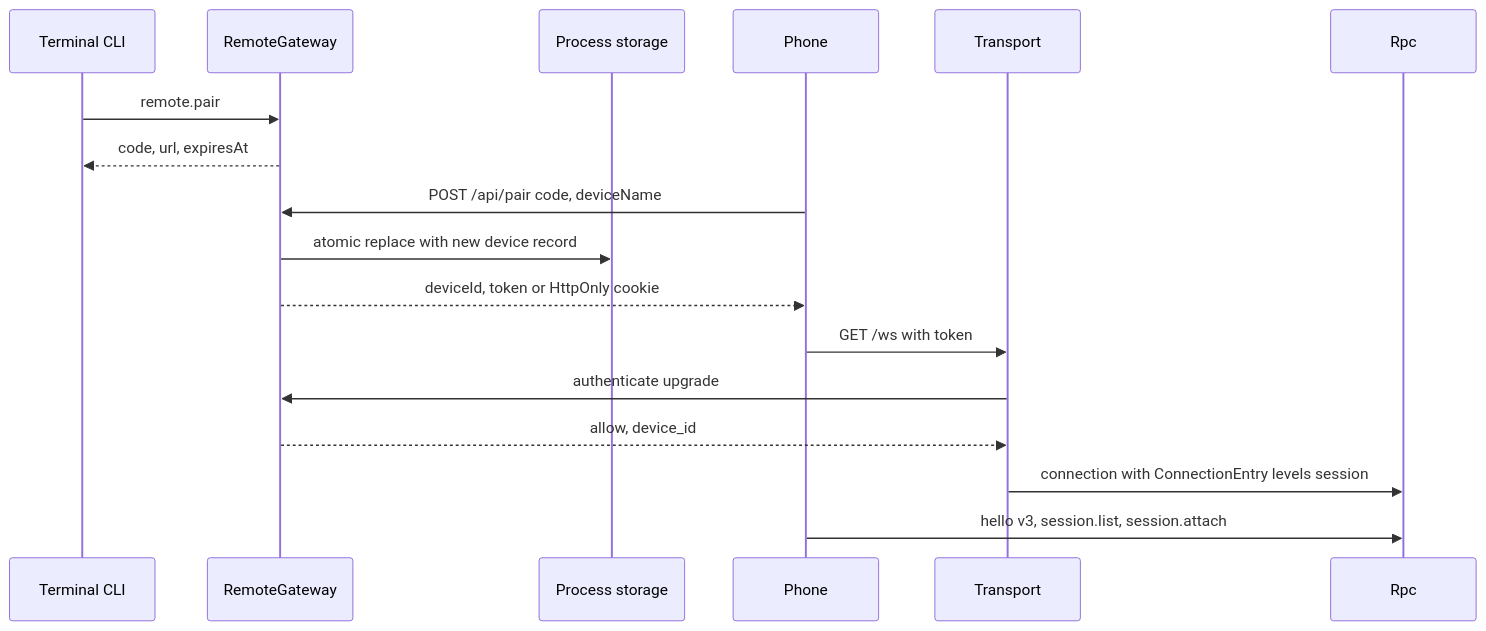
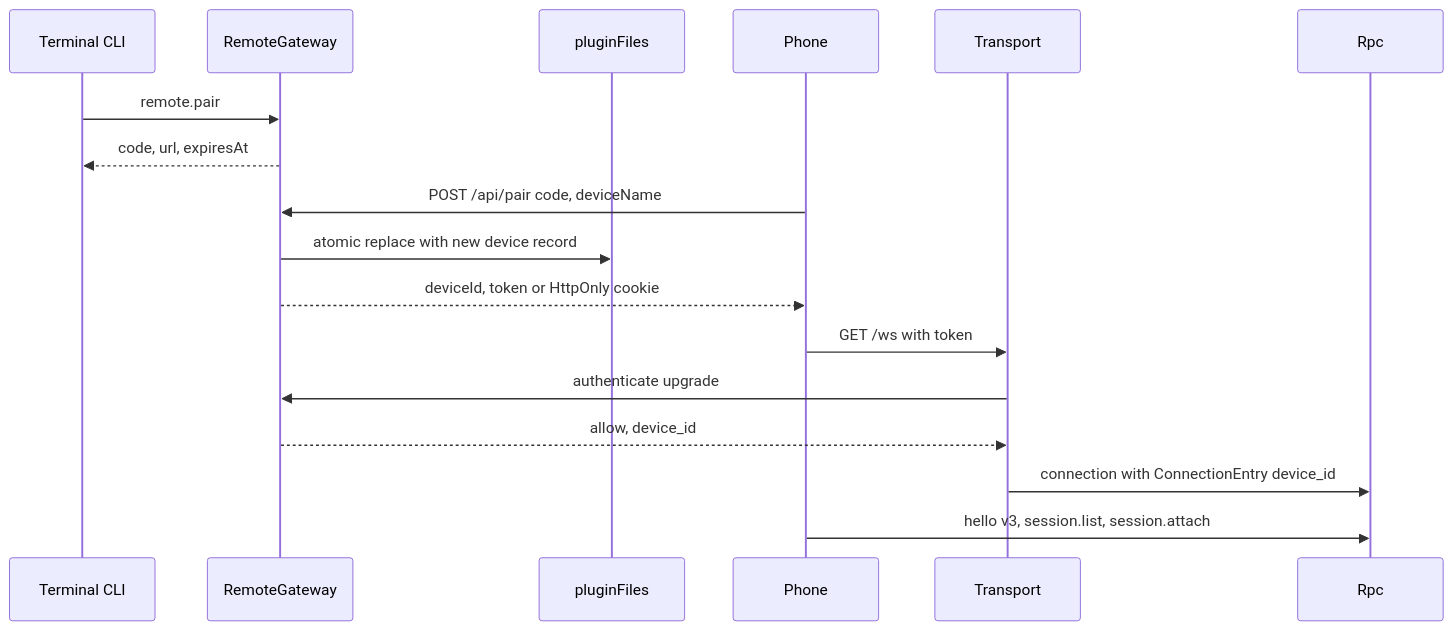
The third of 6 diagrams in docs/design/plugins/RemoteGateway.md (CoutinhoTTS/dim-agent), drawn with Mermaid before and after one commit. The commit also changed other lines of this file and 42 other files, not shown here.

````diff
--- a/docs/design/plugins/RemoteGateway.md
+++ b/docs/design/plugins/RemoteGateway.md
@@ -76,19 +76,19 @@
 ```mermaid
 sequenceDiagram
   participant U as Terminal CLI
   participant RG as RemoteGateway
-  participant PS as Process storage
+  participant PS as pluginFiles
   participant D as Phone
   participant T as Transport
   participant R as Rpc
   U->>RG: remote.pair
   RG-->>U: code, url, expiresAt
   D->>RG: POST /api/pair code, deviceName
   RG->>PS: atomic replace with new device record
   RG-->>D: deviceId, token or HttpOnly cookie
   D->>T: GET /ws with token
   T->>RG: authenticate upgrade
   RG-->>T: allow, device_id
-  T->>R: connection with ConnectionEntry levels session
+  T->>R: connection with ConnectionEntry device_id
   D->>R: hello v3, session.list, session.attach
 ```
````
